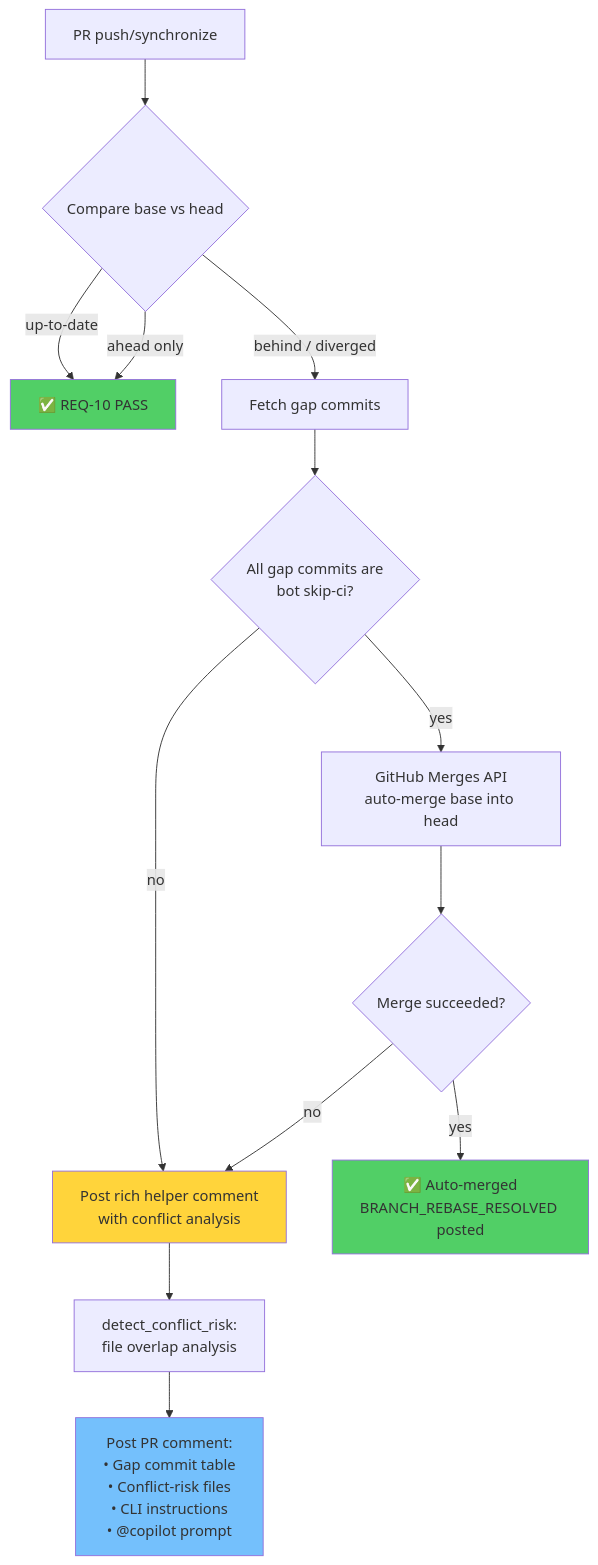
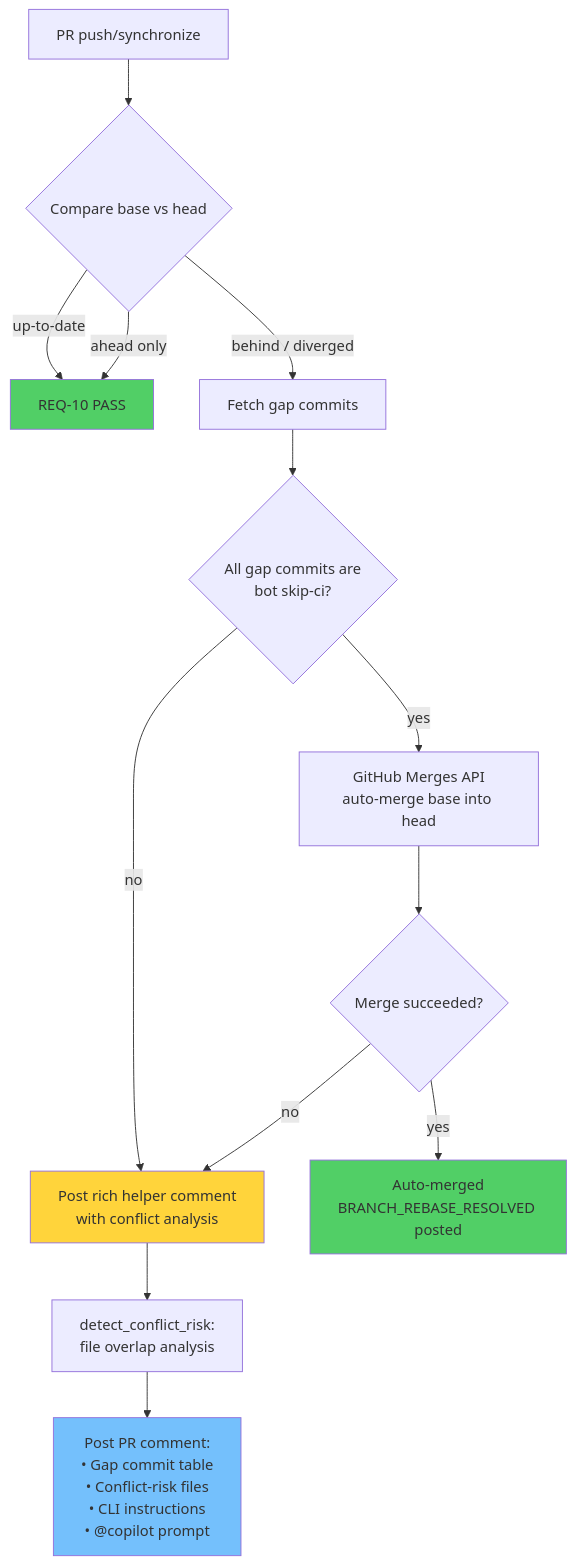
Diagram 12 of 23 in docs/plans/AUTONOMOUS_SELF_HEALING_PROPOSAL_S182.md (Aries-Serpent/_codex_), drawn with Mermaid before and after one commit. The commit also changed other lines of this file and 2029 other files, not shown here.

````diff
--- a/docs/plans/AUTONOMOUS_SELF_HEALING_PROPOSAL_S182.md
+++ b/docs/plans/AUTONOMOUS_SELF_HEALING_PROPOSAL_S182.md
@@ -582,25 +584,25 @@
 ```mermaid
-%%{init: {'accessibility': {'title': 'Flowchart showing PR push/synchronize, ✅ REQ-10 PASS'}}%%
+%%{init: {'accessibility': {'title': 'Flowchart showing PR push/synchronize,  REQ-10 PASS'}}%%
 flowchart TD
     PR[PR push/synchronize] --> CHECK{Compare base vs head}
 
-    CHECK -->|up-to-date| PASS[✅ REQ-10 PASS]
+    CHECK -->|up-to-date| PASS[ REQ-10 PASS]
     CHECK -->|ahead only| PASS
     CHECK -->|behind / diverged| GAP[Fetch gap commits]
 
     GAP --> CLASSIFY{All gap commits are<br/>bot skip-ci?}
     CLASSIFY -->|yes| AUTO[GitHub Merges API<br/>auto-merge base into head]
     CLASSIFY -->|no| MANUAL[Post rich helper comment<br/>with conflict analysis]
 
     AUTO --> MERGED{Merge succeeded?}
-    MERGED -->|yes| RESOLVED[✅ Auto-merged<br/>BRANCH_REBASE_RESOLVED posted]
+    MERGED -->|yes| RESOLVED[ Auto-merged<br/>BRANCH_REBASE_RESOLVED posted]
     MERGED -->|no| MANUAL
 
     MANUAL --> RISK[detect_conflict_risk:<br/>file overlap analysis]
     RISK --> COMMENT["Post PR comment:<br/>• Gap commit table<br/>• Conflict-risk files<br/>• CLI instructions<br/>• @copilot prompt"]
 
     style PASS fill:#51cf66
     style RESOLVED fill:#51cf66
     style MANUAL fill:#ffd43b
     style COMMENT fill:#74c0fc
 ```
````
